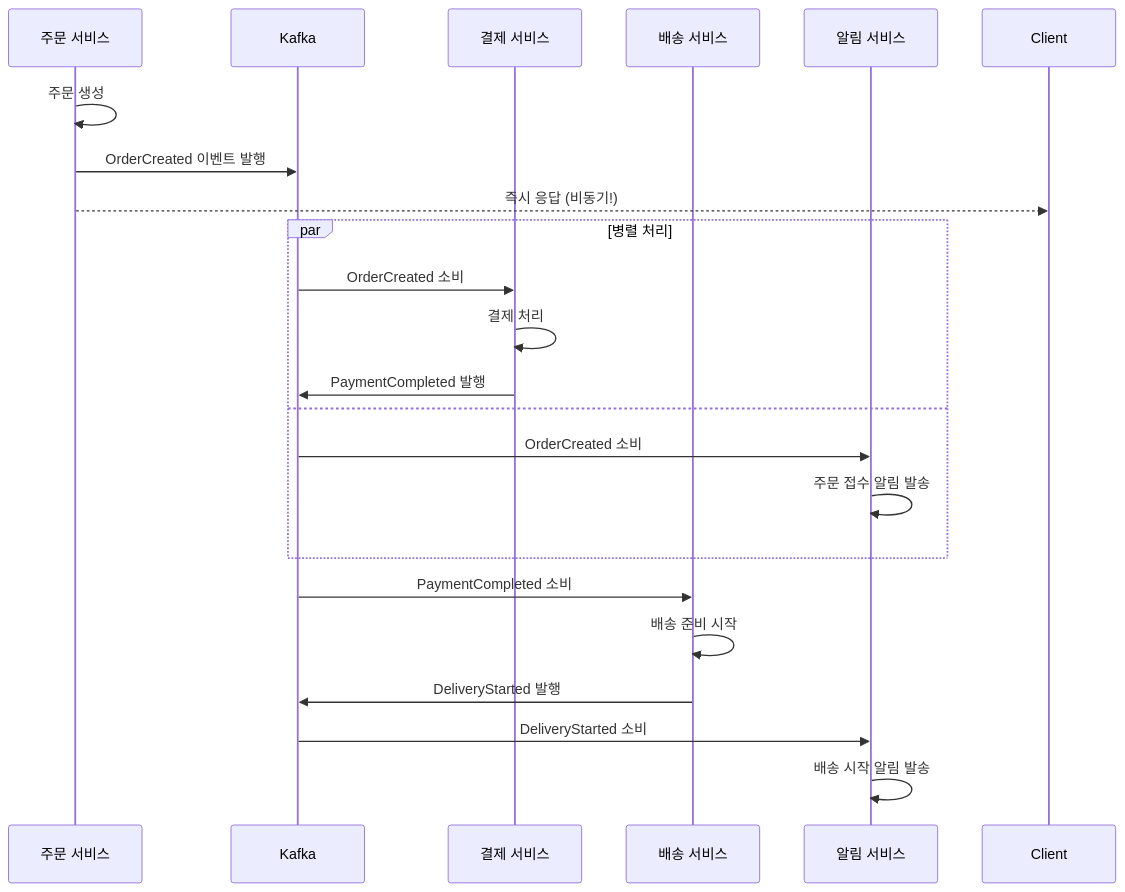
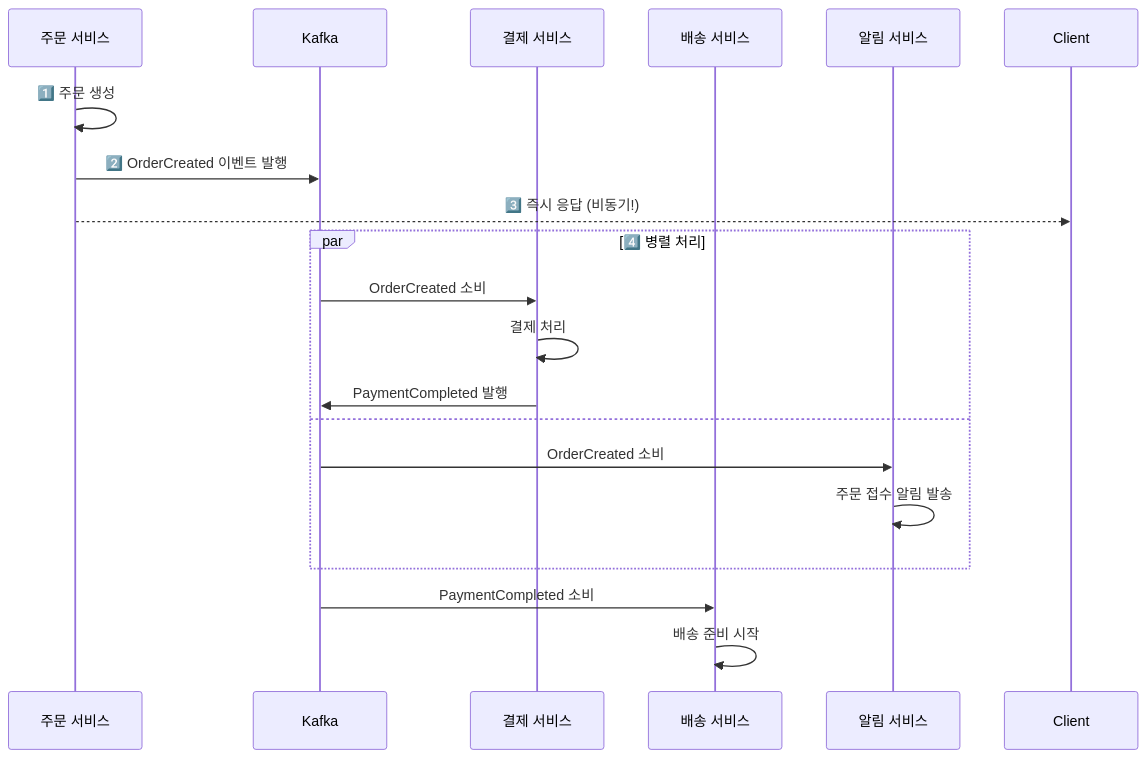
One commit to yjkim2015/yjkim2015.github.io changed the eighth of 15 diagrams in _posts/architecture/2026-05-02-msa-deep.md. Above: the diagram before and after it, drawn with Mermaid. The commit also changed other lines of this file and 92 other files, not shown here.

First line of the commit message:
Major quality rewrite: 98 files, Mermaid fix, extreme-scenario component

````diff
--- a/_posts/architecture/2026-05-02-msa-deep.md
+++ b/_posts/architecture/2026-05-02-msa-deep.md
@@ -251,28 +277,24 @@
 ```mermaid
 sequenceDiagram
     participant OS as 주문 서비스
     participant Kafka as Kafka
     participant PS as 결제 서비스
     participant DS as 배송 서비스
     participant NS as 알림 서비스
 
-    OS->>OS: 주문 생성
-    OS->>Kafka: OrderCreated 이벤트 발행
-    OS-->>Client: 즉시 응답 (비동기!)
+    OS->>OS: 1️⃣ 주문 생성
+    OS->>Kafka: 2️⃣ OrderCreated 이벤트 발행
+    OS-->>Client: 3️⃣ 즉시 응답 (비동기!)
 
-    par 병렬 처리
+    par 4️⃣ 병렬 처리
         Kafka->>PS: OrderCreated 소비
         PS->>PS: 결제 처리
         PS->>Kafka: PaymentCompleted 발행
     and
         Kafka->>NS: OrderCreated 소비
         NS->>NS: 주문 접수 알림 발송
     end
 
     Kafka->>DS: PaymentCompleted 소비
     DS->>DS: 배송 준비 시작
-    DS->>Kafka: DeliveryStarted 발행
-
-    Kafka->>NS: DeliveryStarted 소비
-    NS->>NS: 배송 시작 알림 발송
 ```
````
